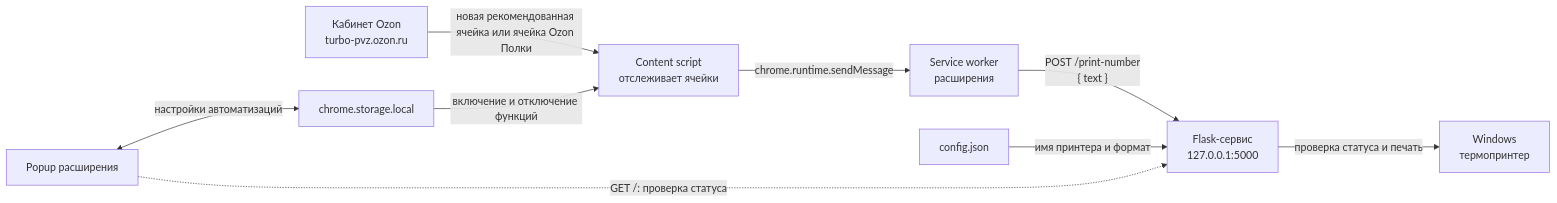
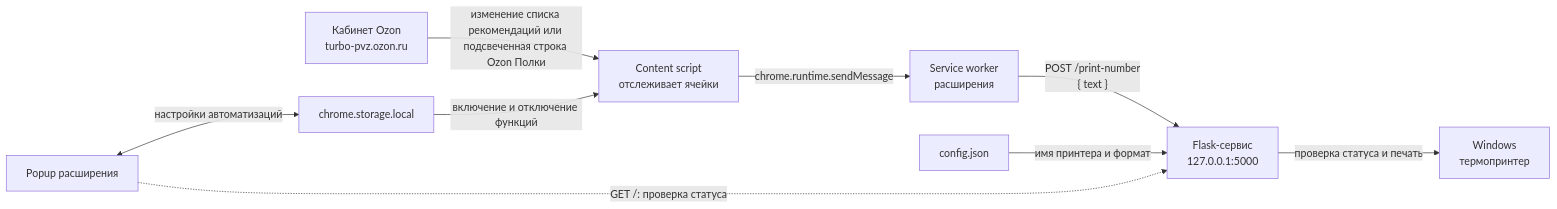
The diagram in README.md (kirill18734/PrintNum), drawn with Mermaid before and after one commit. The commit also changed other lines of this file and 2 other files, not shown here.

````diff
--- a/README.md
+++ b/README.md
@@ -314,20 +323,20 @@
 ```mermaid
 flowchart LR
   O["Кабинет Ozon<br/>turbo-pvz.ozon.ru"]
   C["Content script<br/>отслеживает ячейки"]
   B["Service worker<br/>расширения"]
   A["Flask-сервис<br/>127.0.0.1:5000"]
   P["Windows<br/>термопринтер"]
   U["Popup расширения"]
   S["chrome.storage.local"]
   F["config.json"]
 
-  O -->|"новая рекомендованная ячейка или ячейка Ozon Полки"| C
+  O -->|"изменение списка рекомендаций или подсвеченная строка Ozon Полки"| C
   C -->|"chrome.runtime.sendMessage"| B
   B -->|"POST /print-number<br/>{ text }"| A
   F -->|"имя принтера и формат"| A
   A -->|"проверка статуса и печать"| P
   U <-->|"настройки автоматизаций"| S
   S -->|"включение и отключение функций"| C
   U -.->|"GET /: проверка статуса"| A
 ```
````
